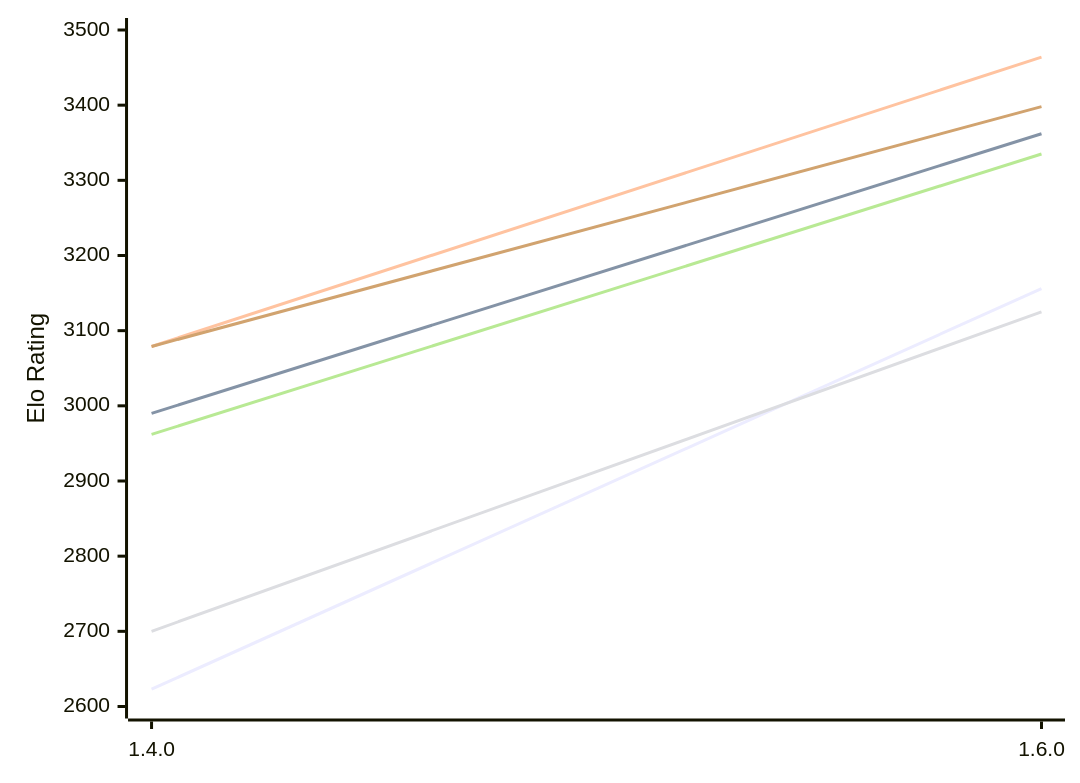
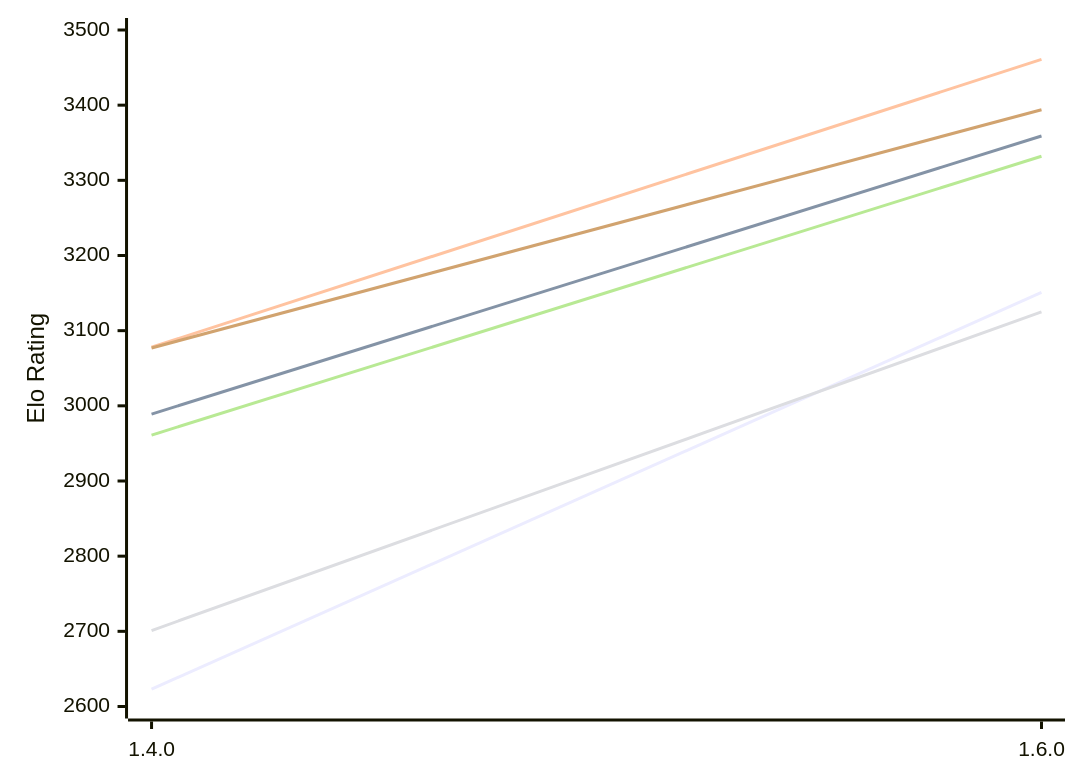
One commit to computer-chess-index/cci changed the first of 2 diagrams in engines/Gyatso.md. Above: the diagram before and after it, drawn with Mermaid. The commit also changed other lines of this file, not shown here.

Commit message:
Update CCI Ratings (ELO VLTC) - 2026-11-19

````diff
--- a/engines/Gyatso.md
+++ b/engines/Gyatso.md
@@ -53,12 +53,12 @@
 ```mermaid
 %%{init: {"theme":"base","themeVariables":{"seriesColors:['#a3a3a3','#222221','#faa371']}}}%%
 xychart-beta
   x-axis ["1.4.0", "1.6.0"]
   y-axis "Elo Rating" 2600 --> 3500
-  line "E1: STC (8.0+0.08s)" [2623, 3156]
-  line "E1: LTC (60.0+0.60s)" [2990, 3362]
-  line "E1: VLTC (2m24s+1.12s)" [3079, 3464]
-  line "P1: STC (8.0+0.08s)" [2700, 3125]
-  line "P1: LTC (60.0+0.60s)" [2962, 3335]
-  line "P1: VLTC (2m24s+1.12s)" [3079, 3398]
+  line "E1: STC (8.0+0.08s)" [2623, 3151]
+  line "E1: LTC (60.0+0.60s)" [2989, 3359]
+  line "E1: VLTC (2m24s+1.12s)" [3078, 3461]
+  line "P1: STC (8.0+0.08s)" [2701, 3125]
+  line "P1: LTC (60.0+0.60s)" [2961, 3332]
+  line "P1: VLTC (2m24s+1.12s)" [3077, 3394]
 ```
````
